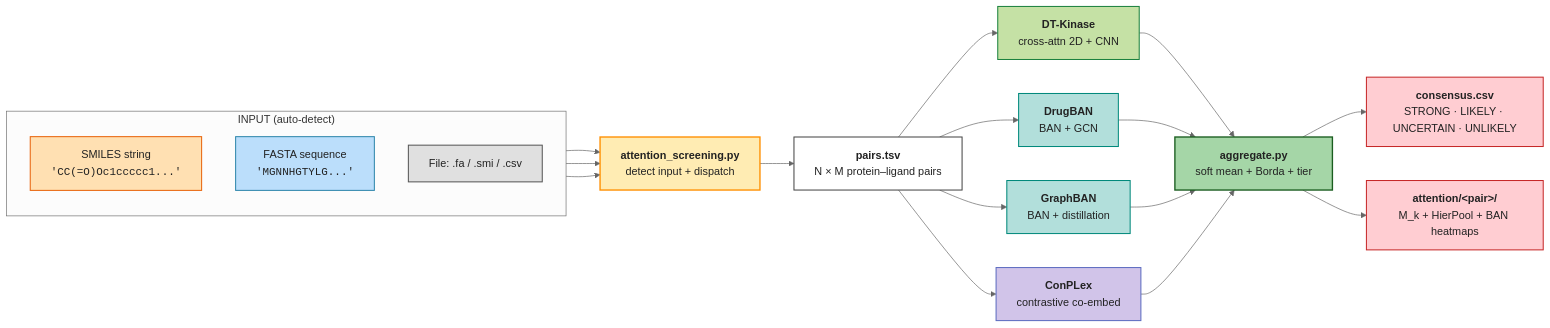
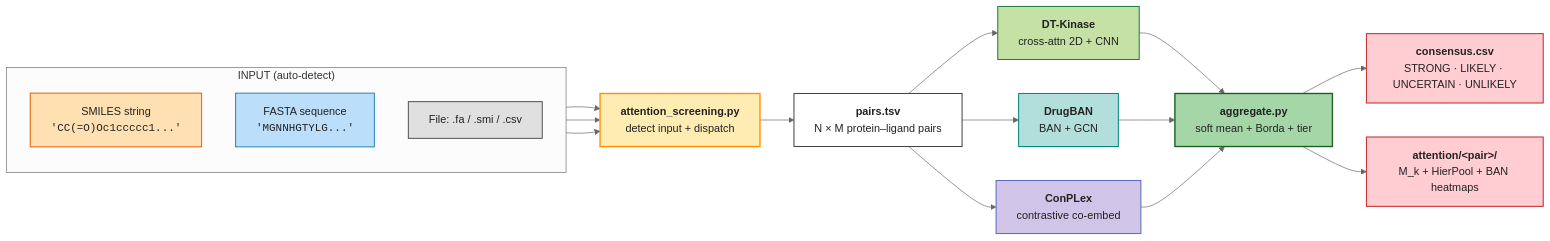
The diagram in README.md (gmmsb-lncc/attention-screening), drawn with Mermaid (neutral theme) before and after one commit. The commit also changed other lines of this file and 1 other file, not shown here.

````diff
--- a/README.md
+++ b/README.md
@@ -24,40 +31,38 @@
 ```mermaid
 flowchart LR
     subgraph IN["INPUT (auto-detect)"]
         direction TB
         A1["SMILES string<br/><code>'CC(=O)Oc1ccccc1...'</code>"]:::lig
         A2["FASTA sequence<br/><code>'MGNNHGTYLG...'</code>"]:::prot
         A3["File: .fa / .smi / .csv"]:::file
     end
 
     A1 --> KP
     A2 --> KP
     A3 --> KP
     KP["<b>attention_screening.py</b><br/>detect input + dispatch"]:::orch
     KP --> PAIRS["<b>pairs.tsv</b><br/>N × M protein–ligand pairs"]:::data
 
     PAIRS --> DTK["<b>DT-Kinase</b><br/>cross-attn 2D + CNN"]:::dtk
     PAIRS --> DBN["<b>DrugBAN</b><br/>BAN + GCN"]:::ban
-    PAIRS --> GBN["<b>GraphBAN</b><br/>BAN + distillation"]:::ban
     PAIRS --> CPL["<b>ConPLex</b><br/>contrastive co-embed"]:::cpl
 
     DTK --> AGG
     DBN --> AGG
-    GBN --> AGG
     CPL --> AGG
     AGG["<b>aggregate.py</b><br/>soft mean + Borda + tier"]:::agg
 
     AGG --> OUT1["<b>consensus.csv</b><br/>STRONG · LIKELY · UNCERTAIN · UNLIKELY"]:::out
     AGG --> OUT2["<b>attention/&lt;pair&gt;/</b><br/>M_k + HierPool + BAN heatmaps"]:::out
 
     classDef lig   fill:#FFE0B2,stroke:#E8630A,stroke-width:1.5px,color:#222
     classDef prot  fill:#BBDEFB,stroke:#2E86AB,stroke-width:1.5px,color:#222
     classDef file  fill:#E0E0E0,stroke:#555,stroke-width:1.5px,color:#222
     classDef orch  fill:#FFECB3,stroke:#FF8F00,stroke-width:2px,color:#222
     classDef data  fill:#FFFFFF,stroke:#444,stroke-width:1.5px,color:#222
     classDef dtk   fill:#C5E1A5,stroke:#1B813E,stroke-width:1.5px,color:#222
     classDef ban   fill:#B2DFDB,stroke:#00897B,stroke-width:1.5px,color:#222
     classDef cpl   fill:#D1C4E9,stroke:#5C6BC0,stroke-width:1.5px,color:#222
     classDef agg   fill:#A5D6A7,stroke:#1B5E20,stroke-width:2px,color:#222
     classDef out   fill:#FFCDD2,stroke:#C62828,stroke-width:1.5px,color:#222
 ```
````
